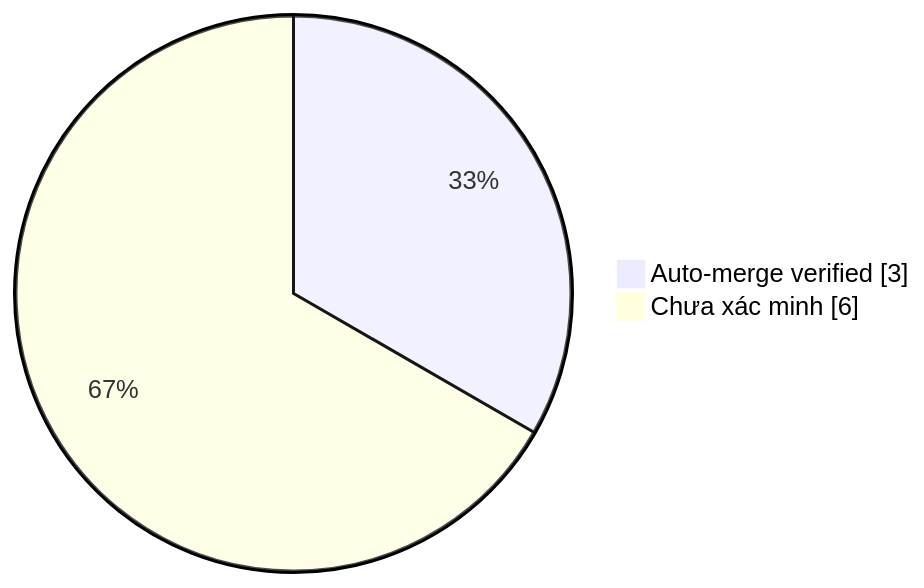
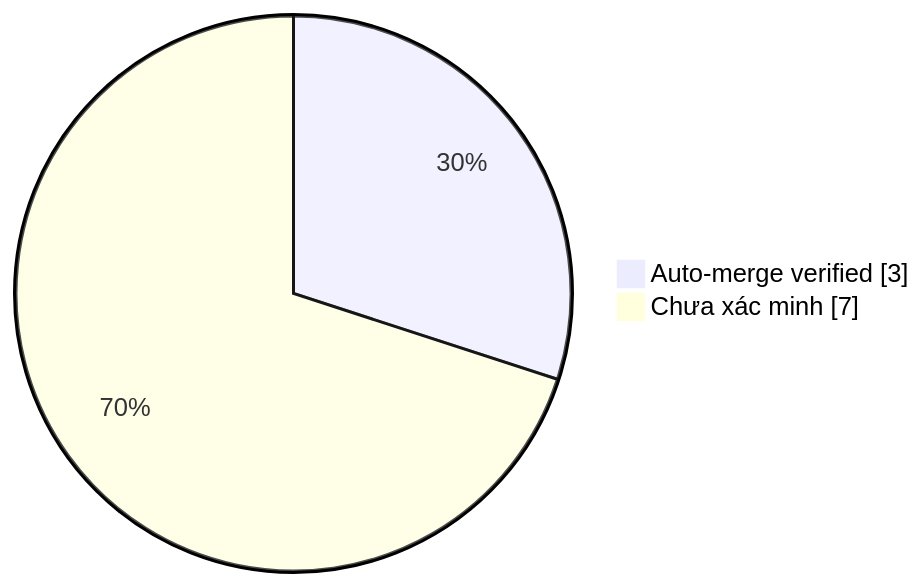
The diagram in collector.md (duykhang68/reddit-editor), drawn with Mermaid before and after one commit. The commit also changed other lines of this file, not shown here.

````diff
--- a/collector.md
+++ b/collector.md
@@ -22,5 +22,5 @@
 ```mermaid
 pie showData
     "Auto-merge verified" : 3
-    "Chưa xác minh" : 6
+    "Chưa xác minh" : 7
 ```
````
